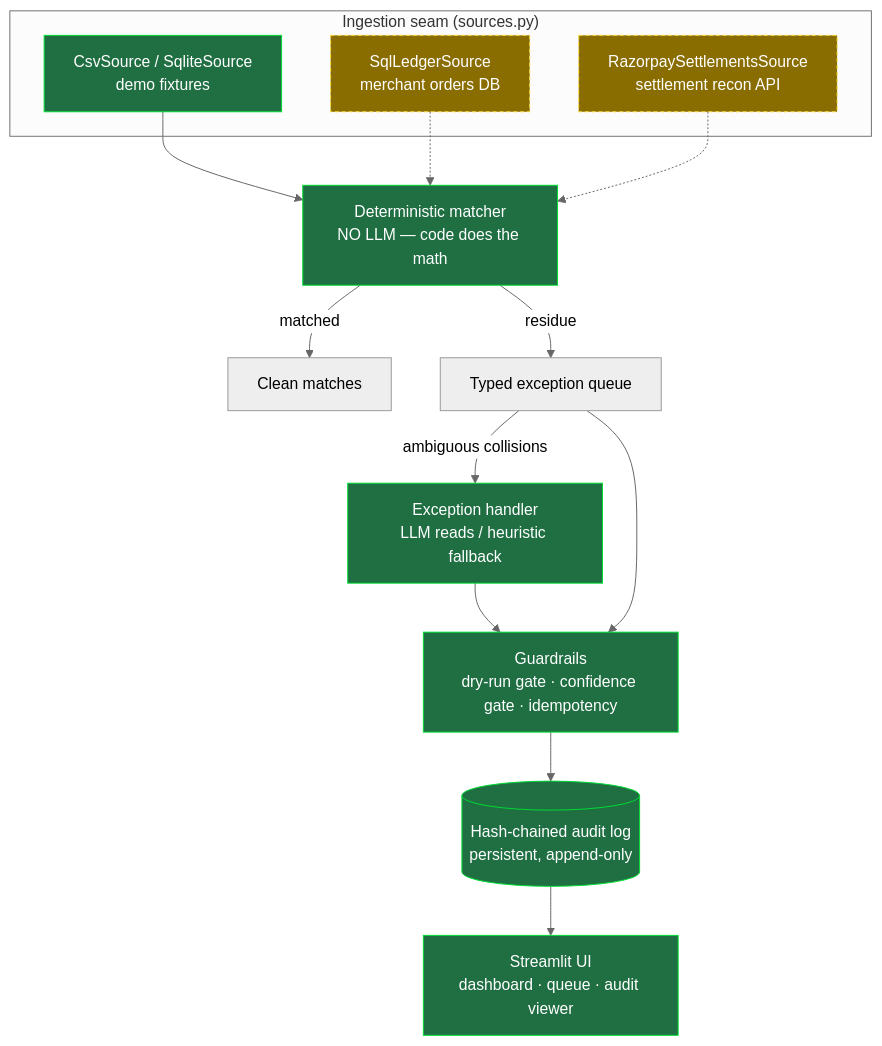
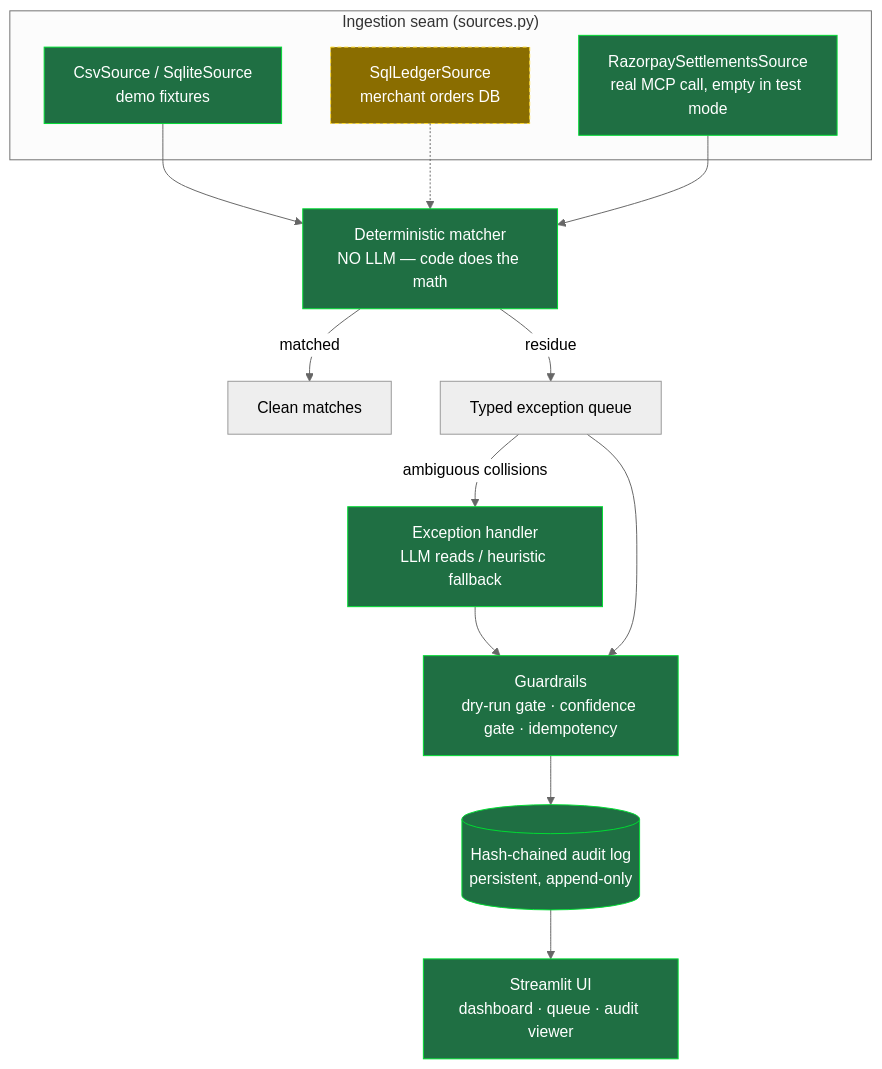
Before and after one commit to itsAryan-devop/razorpay-ai-finance-controller: the diagram in ARCHITECTURE.md, drawn with Mermaid (neutral theme). The commit also changed other lines of this file and 8 other files, not shown here.

First line of the commit message:
Wire in the real razorpay-mcp-server (task #11)

````diff
--- a/ARCHITECTURE.md
+++ b/ARCHITECTURE.md
@@ -10,23 +10,23 @@
 ```mermaid
 flowchart TD
     subgraph Ingestion["Ingestion seam (sources.py)"]
         L[SqlLedgerSource\nmerchant orders DB]:::stub
-        R[RazorpaySettlementsSource\nsettlement recon API]:::stub
+        R[RazorpaySettlementsSource\nreal MCP call, empty in test mode]:::real
         C[CsvSource / SqliteSource\ndemo fixtures]:::real
     end
     C --> M
     L -.-> M
-    R -.-> M
+    R --> M
     M[Deterministic matcher\nNO LLM — code does the math]:::real
     M -->|matched| OK[Clean matches]
     M -->|residue| Q[Typed exception queue]
     Q -->|ambiguous collisions| H[Exception handler\nLLM reads / heuristic fallback]:::real
     H --> G
     Q --> G
     G[Guardrails\ndry-run gate · confidence gate · idempotency]:::real
     G --> A[(Hash-chained audit log\npersistent, append-only)]:::real
     A --> UI[Streamlit UI\ndashboard · queue · audit viewer]:::real
 
     classDef real fill:#1f6f43,color:#fff,stroke:#0d3;
     classDef stub fill:#8a6d00,color:#fff,stroke:#fd3,stroke-dasharray:4 3;
 ```
````
